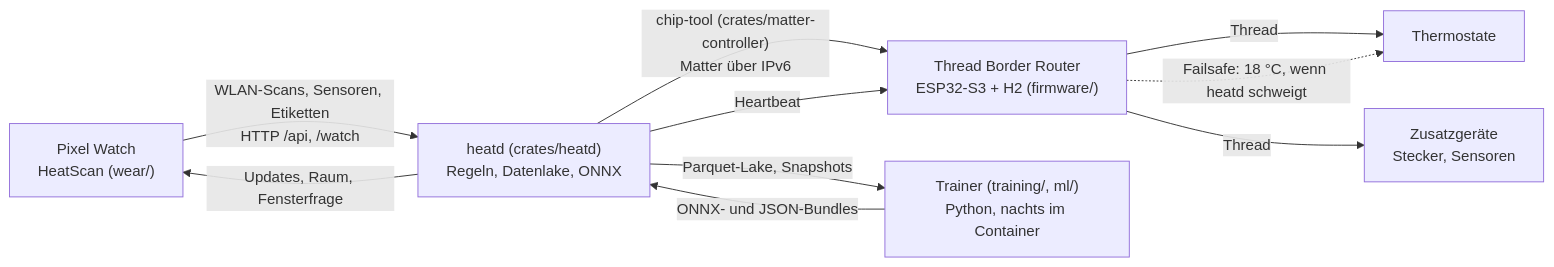
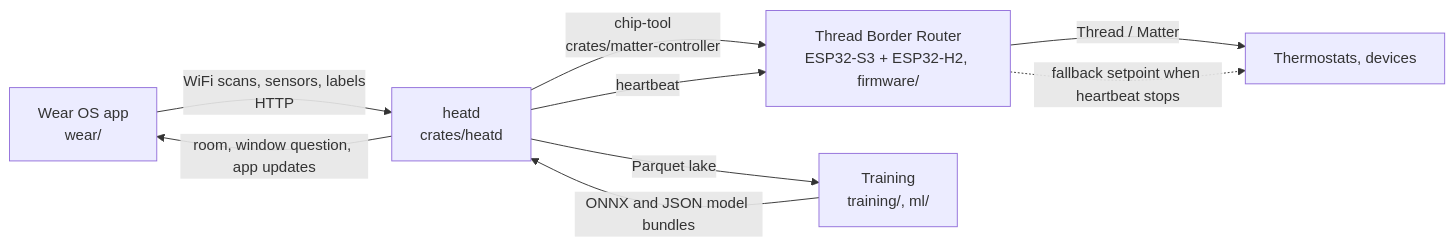
The diagram in README.md (AAPPHH/MLSmartMatterHeat), drawn with Mermaid before and after one commit. The commit also changed other lines of this file and 4 other files, not shown here.

````diff
--- a/README.md
+++ b/README.md
@@ -10,12 +16,11 @@
 ```mermaid
 flowchart LR
-    W["Pixel Watch<br/>HeatScan (wear/)"] -- "WLAN-Scans, Sensoren, Etiketten<br/>HTTP /api, /watch" --> H
-    H["heatd (crates/heatd)<br/>Regeln, Datenlake, ONNX"] -- "Updates, Raum, Fensterfrage" --> W
-    H -- "chip-tool (crates/matter-controller)<br/>Matter über IPv6" --> BR["Thread Border Router<br/>ESP32-S3 + H2 (firmware/)"]
-    H -- "Heartbeat" --> BR
-    BR -- "Thread" --> T["Thermostate"]
-    BR -- "Thread" --> D["Zusatzgeräte<br/>Stecker, Sensoren"]
-    BR -. "Failsafe: 18 °C, wenn heatd schweigt" .-> T
-    H -- "Parquet-Lake, Snapshots" --> TR["Trainer (training/, ml/)<br/>Python, nachts im Container"]
-    TR -- "ONNX- und JSON-Bundles" --> H
+    W["Wear OS app<br/>wear/"] -- "WiFi scans, sensors, labels<br/>HTTP" --> H
+    H["heatd<br/>crates/heatd"] -- "room, window question, app updates" --> W
+    H -- "chip-tool<br/>crates/matter-controller" --> BR["Thread Border Router<br/>ESP32-S3 + ESP32-H2, firmware/"]
+    H -- "heartbeat" --> BR
+    BR -- "Thread / Matter" --> T["Thermostats, devices"]
+    BR -. "fallback setpoint when heartbeat stops" .-> T
+    H -- "Parquet lake" --> TR["Training<br/>training/, ml/"]
+    TR -- "ONNX and JSON model bundles" --> H
 ```
````
